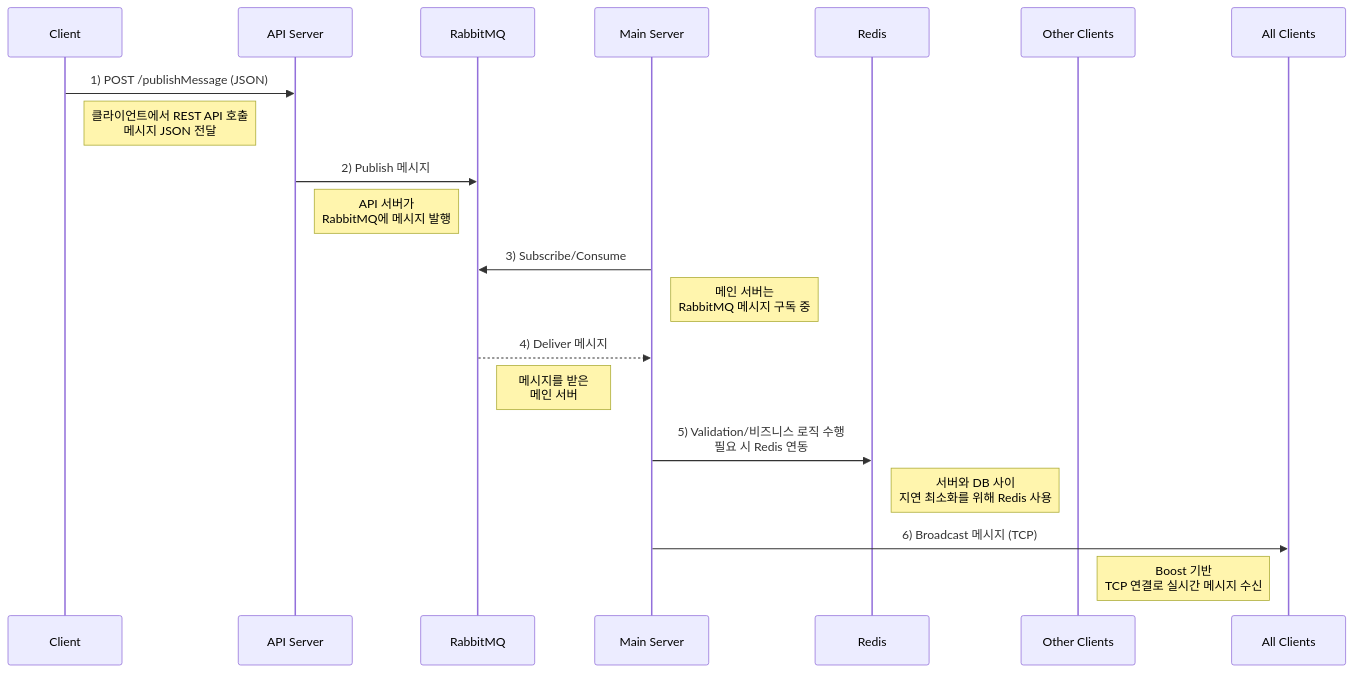
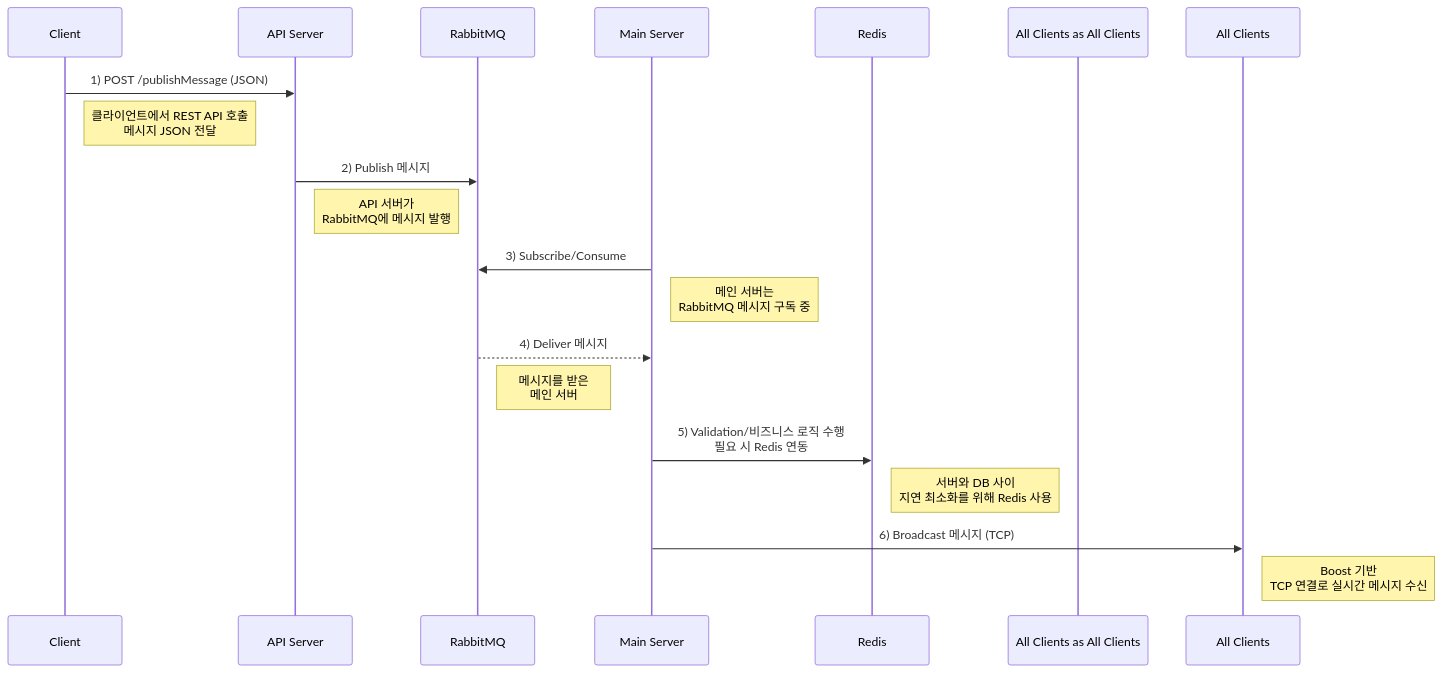
The first of 6 diagrams in README.md (ngee044/RealTimeMessageChat), drawn with Mermaid before and after one commit.

````diff
--- a/README.md
+++ b/README.md
@@ -6,27 +6,27 @@
 ```mermaid
 sequenceDiagram
     participant Client as Client
     participant APIServer as API Server
     participant MQ as RabbitMQ
     participant MainServer as Main Server
     participant Redis as Redis
-    participant OtherClients as Other Clients
+    participant All Clients as All Clients
 
     Client->>APIServer: 1) POST /publishMessage (JSON)
     note right of Client: 클라이언트에서 REST API 호출<br>메시지 JSON 전달
 
     APIServer->>MQ: 2) Publish 메시지
     note right of APIServer: API 서버가<br>RabbitMQ에 메시지 발행
 
     MainServer->>MQ: 3) Subscribe/Consume
     note right of MainServer: 메인 서버는<br>RabbitMQ 메시지 구독 중
 
     MQ-->>MainServer: 4) Deliver 메시지
     note right of MQ: 메시지를 받은<br>메인 서버
 
     MainServer->>Redis: 5) Validation/비즈니스 로직 수행<br>필요 시 Redis 연동
     note right of Redis: 서버와 DB 사이<br>지연 최소화를 위해 Redis 사용
 
     MainServer->>All Clients: 6) Broadcast 메시지 (TCP)
-    note right of OtherClients: Boost 기반<br>TCP 연결로 실시간 메시지 수신
+    note right of All Clients: Boost 기반<br>TCP 연결로 실시간 메시지 수신
 ```
````
